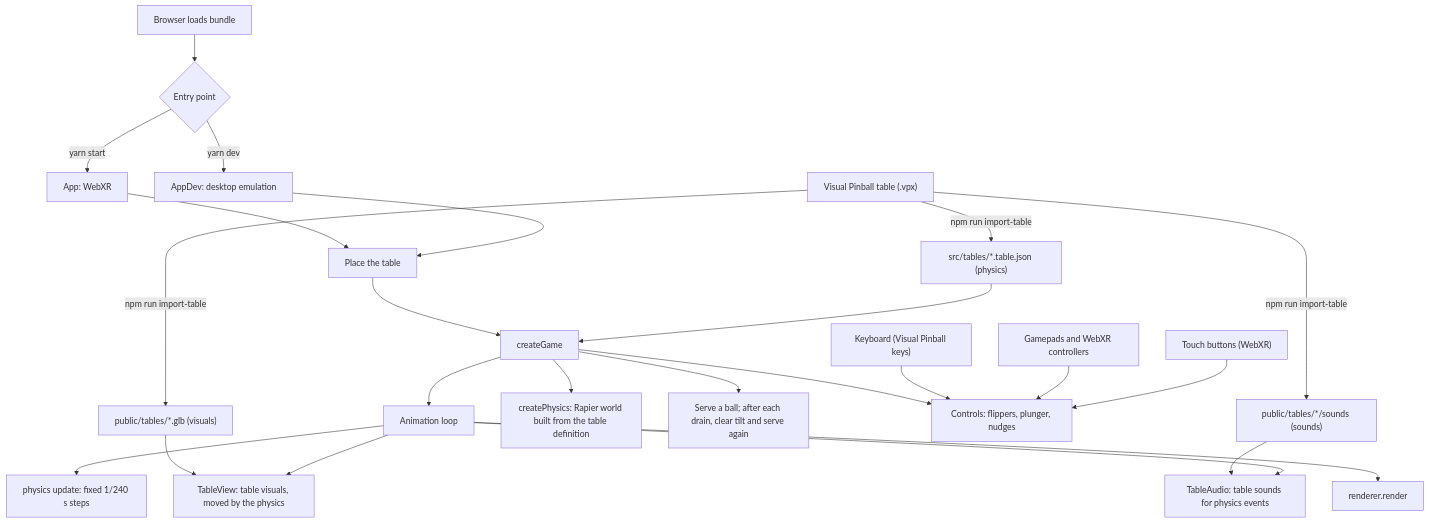
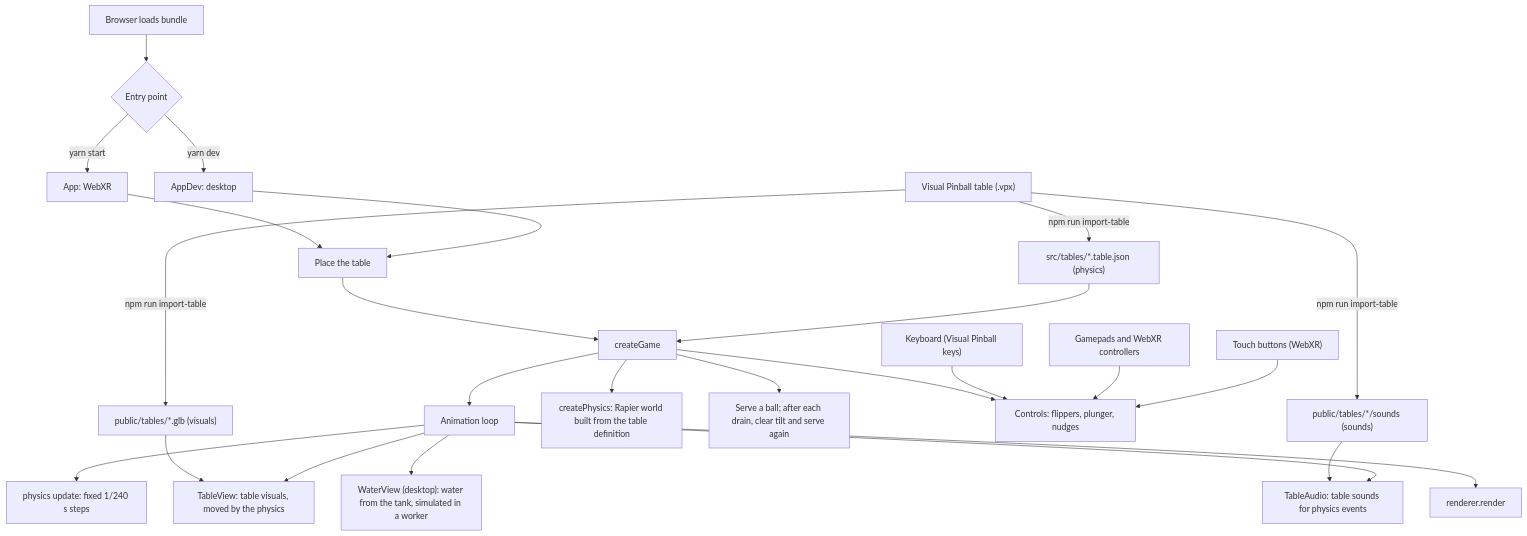
One commit to patrick-s-young/pinball-xr changed the diagram in README.md. Above: the diagram before and after it, drawn with Mermaid. The commit also changed other lines of this file and 23 other files, not shown here.

First line of the commit message:
import bumpers and spinner; add flat and 3D water from a tank on the top rail

````diff
--- a/README.md
+++ b/README.md
@@ -30,26 +30,27 @@
 ```mermaid
 flowchart TD
     VPX["Visual Pinball table (.vpx)"] -->|"npm run import-table"| Definition["src/tables/*.table.json (physics)"]
     VPX -->|"npm run import-table"| Visuals["public/tables/*.glb (visuals)"]
     VPX -->|"npm run import-table"| Sounds["public/tables/*/sounds (sounds)"]
     Start["Browser loads bundle"] --> Entry{"Entry point"}
     Entry -->|"yarn start"| XRApp["App: WebXR"]
-    Entry -->|"yarn dev"| DevApp["AppDev: desktop emulation"]
+    Entry -->|"yarn dev"| DevApp["AppDev: desktop"]
     XRApp --> Placement["Place the table"]
     DevApp --> Placement
     Placement --> Game["createGame"]
     Definition --> Game
     Game --> Physics["createPhysics: Rapier world built from the table definition"]
     Game --> Serve["Serve a ball; after each drain, clear tilt and serve again"]
     Game --> Controls["Controls: flippers, plunger, nudges"]
     Keyboard["Keyboard (Visual Pinball keys)"] --> Controls
     Gamepads["Gamepads and WebXR controllers"] --> Controls
     Touch["Touch buttons (WebXR)"] --> Controls
     Game --> Loop["Animation loop"]
     Loop --> Step["physics update: fixed 1/240 s steps"]
     Visuals --> View["TableView: table visuals, moved by the physics"]
     Loop --> View
     Sounds --> Audio["TableAudio: table sounds for physics events"]
+    Loop --> Water["WaterView (desktop): water from the tank, simulated in a worker"]
     Loop --> Audio
     Loop --> Render["renderer.render"]
 ```
````
